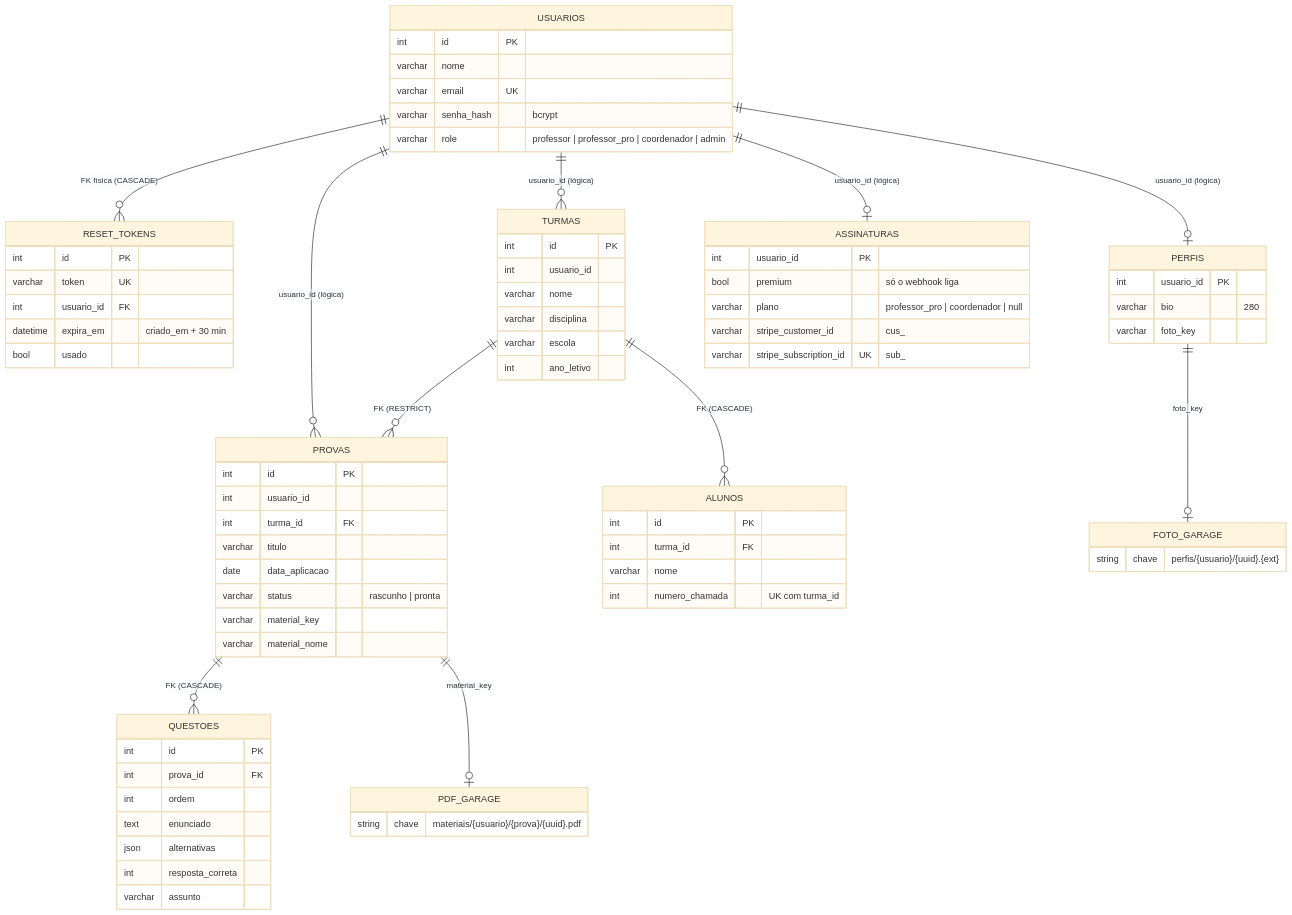
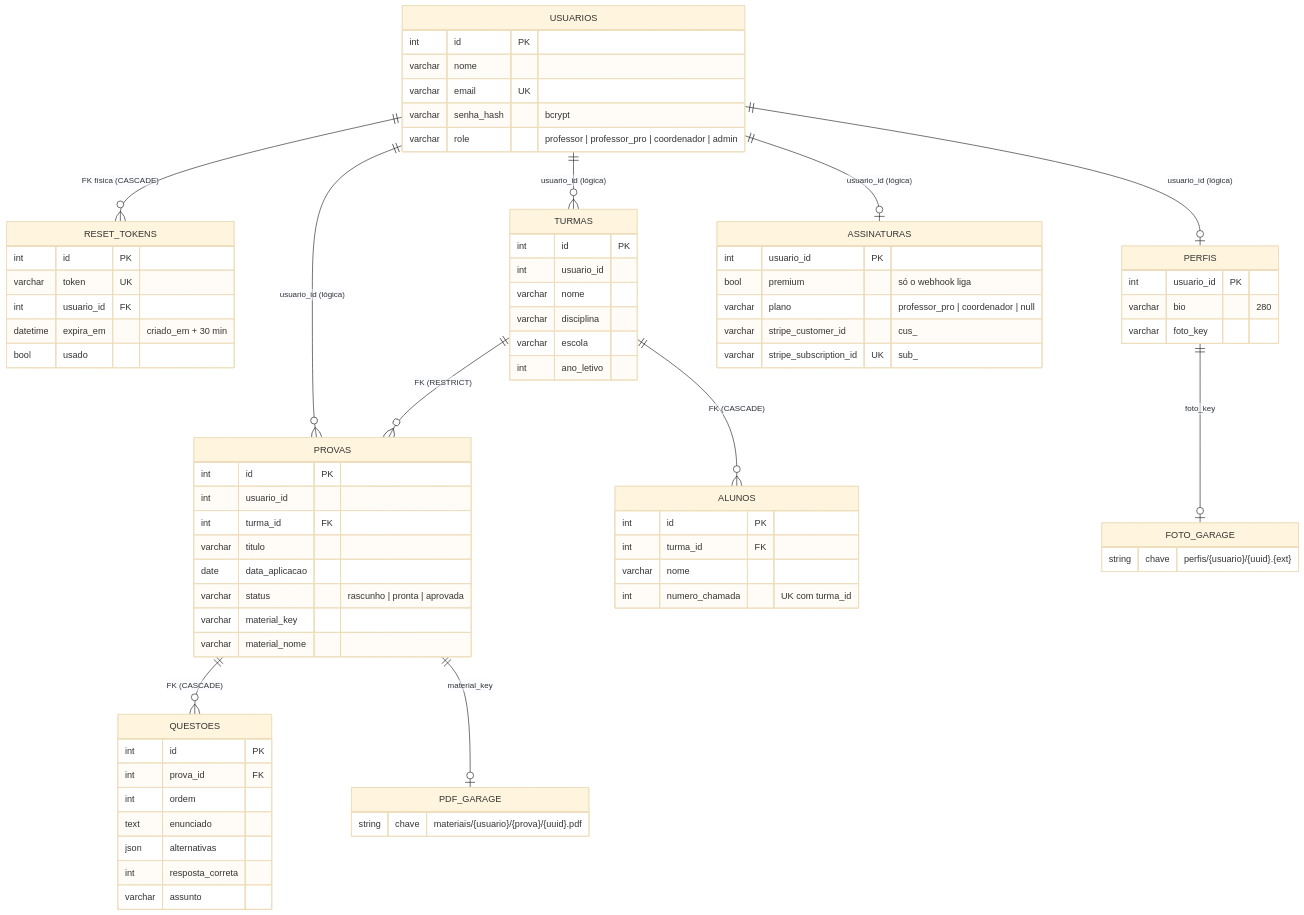
Before and after one commit to leonardoricci-tsi/ProvaPronta: the second of 2 diagrams in DOCUMENTACAO.md, drawn with Mermaid (base theme). The commit also changed other lines of this file and 29 other files, not shown here.

````diff
--- a/DOCUMENTACAO.md
+++ b/DOCUMENTACAO.md
@@ -245,79 +252,79 @@
 ```mermaid
 erDiagram
     USUARIOS ||--o{ RESET_TOKENS : "FK física (CASCADE)"
     USUARIOS ||--o{ TURMAS : "usuario_id (lógica)"
     USUARIOS ||--o{ PROVAS : "usuario_id (lógica)"
     USUARIOS ||--o| PERFIS : "usuario_id (lógica)"
     USUARIOS ||--o| ASSINATURAS : "usuario_id (lógica)"
     TURMAS ||--o{ ALUNOS : "FK (CASCADE)"
     TURMAS ||--o{ PROVAS : "FK (RESTRICT)"
     PROVAS ||--o{ QUESTOES : "FK (CASCADE)"
     PROVAS ||--o| PDF_GARAGE : "material_key"
     PERFIS ||--o| FOTO_GARAGE : "foto_key"
 
     USUARIOS {
         int id PK
         varchar nome
         varchar email UK
         varchar senha_hash "bcrypt"
         varchar role "professor | professor_pro | coordenador | admin"
     }
     RESET_TOKENS {
         int id PK
         varchar token UK
         int usuario_id FK
         datetime expira_em "criado_em + 30 min"
         bool usado
     }
     TURMAS {
         int id PK
         int usuario_id
         varchar nome
         varchar disciplina
         varchar escola
         int ano_letivo
     }
     ALUNOS {
         int id PK
         int turma_id FK
         varchar nome
         int numero_chamada "UK com turma_id"
     }
     PROVAS {
         int id PK
         int usuario_id
         int turma_id FK
         varchar titulo
         date data_aplicacao
-        varchar status "rascunho | pronta"
+        varchar status "rascunho | pronta | aprovada"
         varchar material_key
         varchar material_nome
     }
     QUESTOES {
         int id PK
         int prova_id FK
         int ordem
         text enunciado
         json alternativas
         int resposta_correta
         varchar assunto
     }
     PERFIS {
         int usuario_id PK
         varchar bio "280"
         varchar foto_key
     }
     ASSINATURAS {
         int usuario_id PK
         bool premium "só o webhook liga"
         varchar plano "professor_pro | coordenador | null"
         varchar stripe_customer_id "cus_"
         varchar stripe_subscription_id UK "sub_"
     }
     PDF_GARAGE {
         string chave "materiais/{usuario}/{prova}/{uuid}.pdf"
     }
     FOTO_GARAGE {
         string chave "perfis/{usuario}/{uuid}.{ext}"
     }
 ```
````
